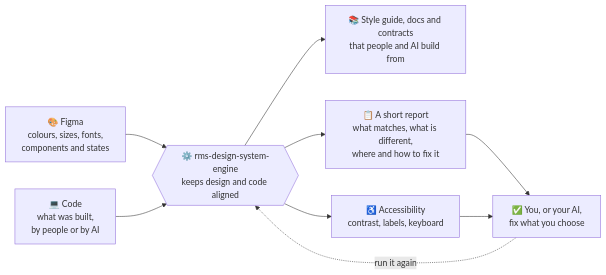
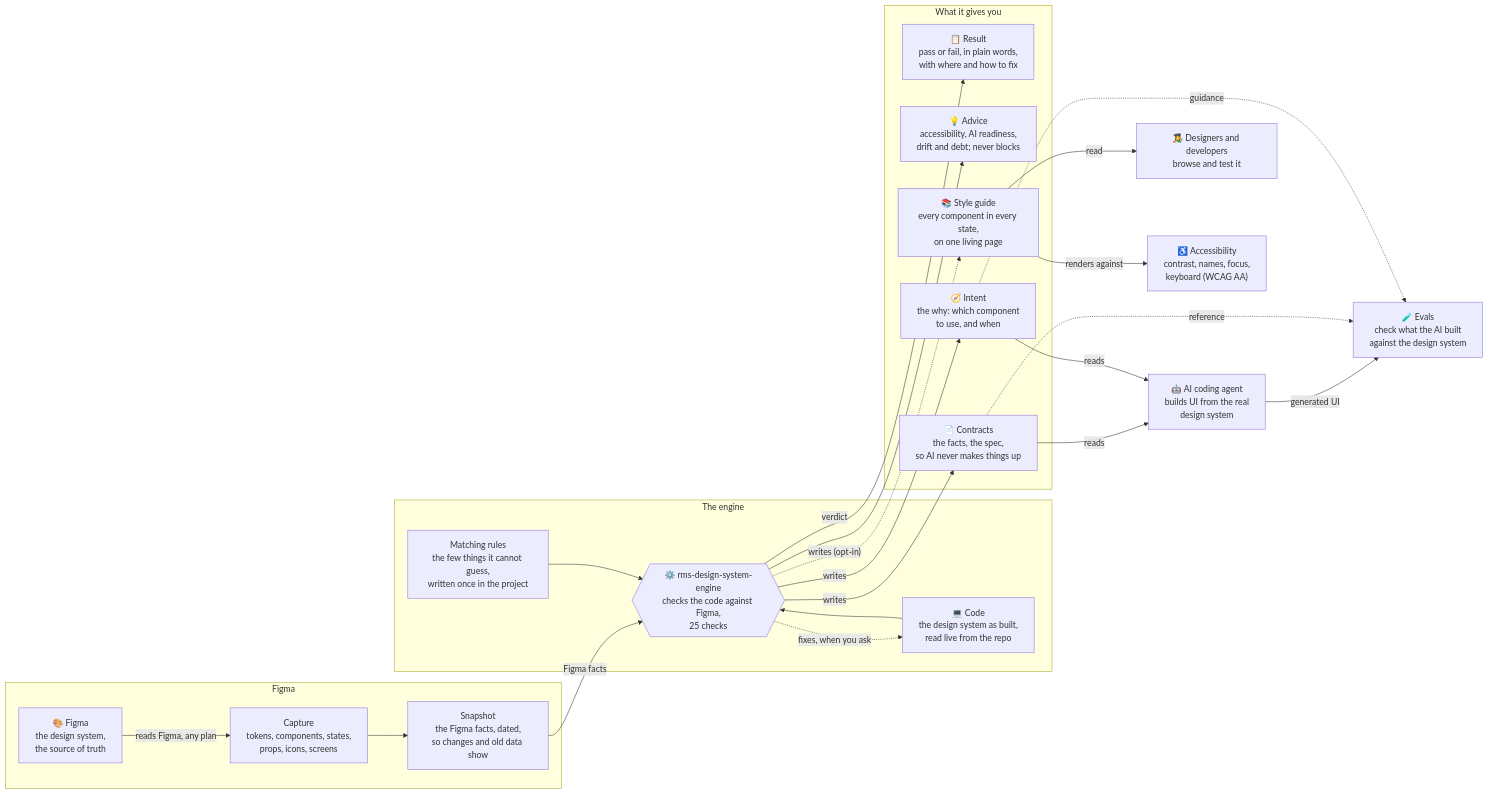
One commit to rafaelmatosdasilva/rms-design-system-engine changed the diagram in README.md. Above: the diagram before and after it, drawn with Mermaid. The commit also changed other lines of this file and 1 other file, not shown here.

Commit message:
README: the flow rebuilt from the owner's FigJam board, which CLAUDE.md makes its source
The diagram follows the board: Figma, capture and snapshot; the code, the matching rules and the engine; what it
gives (the result, advice, contracts, intent, the style guide); who uses them (an AI coding agent, designers and
developers, the accessibility check) and the evals. The board's "--fix" is what the engine does: it fixes only
when asked. CLAUDE.md: rebuild the diagram from the board whenever it changes.

Claude-Session: https://claude.ai/code/session_01NAiQF7FaCvTe9vgNQmgsRB

````diff
--- a/README.md
+++ b/README.md
@@ -21,11 +21,36 @@
 ```mermaid
 flowchart LR
-    F["🎨 Figma<br/>colours, sizes, fonts,<br/>components and states"] --> E{{"⚙️ rms-design-system-engine<br/>keeps design and code aligned"}}
-    C["💻 Code<br/>what was built,<br/>by people or by AI"] --> E
-    E --> D["📚 Style guide, docs and contracts<br/>that people and AI build from"]
-    E --> R["📋 A short report<br/>what matches, what is different,<br/>where and how to fix it"]
-    E --> A["♿ Accessibility<br/>contrast, labels, keyboard"]
-    R --> Y["✅ You, or your AI,<br/>fix what you choose"]
-    A --> Y
-    Y -.->|run it again| E
+    subgraph IN["Figma"]
+        FIG["🎨 Figma<br/>the design system,<br/>the source of truth"]
+        CAP["Capture<br/>tokens, components, states,<br/>props, icons, screens"]
+        SNAP["Snapshot<br/>the Figma facts, dated,<br/>so changes and old data show"]
+    end
+    subgraph CORE["The engine"]
+        CODE["💻 Code<br/>the design system as built,<br/>read live from the repo"]
+        ENG{{"⚙️ rms-design-system-engine<br/>checks the code against Figma,<br/>25 checks"}}
+        RULES["Matching rules<br/>the few things it cannot guess,<br/>written once in the project"]
+    end
+    subgraph OUT["What it gives you"]
+        RES["📋 Result<br/>pass or fail, in plain words,<br/>with where and how to fix"]
+        ADV["💡 Advice<br/>accessibility, AI readiness,<br/>drift and debt; never blocks"]
+        CON["📄 Contracts<br/>the facts, the spec,<br/>so AI never makes things up"]
+        INT["🧭 Intent<br/>the why: which component<br/>to use, and when"]
+        SG["📚 Style guide<br/>every component in every state,<br/>on one living page"]
+    end
+    FIG -->|"reads Figma, any plan"| CAP --> SNAP -->|Figma facts| ENG
+    CODE --> ENG
+    RULES --> ENG
+    ENG -.->|"fixes, when you ask"| CODE
+    ENG -->|verdict| RES
+    ENG --> ADV
+    ENG -->|writes| CON
+    ENG -->|writes| INT
+    ENG -.->|"writes (opt-in)"| SG
+    CON -->|reads| AI["🤖 AI coding agent<br/>builds UI from the real<br/>design system"]
+    INT -->|reads| AI
+    SG -->|read| PEOPLE["👩‍🎨 Designers and developers<br/>browse and test it"]
+    SG -->|renders against| A11Y["♿ Accessibility<br/>contrast, names, focus,<br/>keyboard (WCAG AA)"]
+    AI -->|generated UI| EV["🧪 Evals<br/>check what the AI built<br/>against the design system"]
+    CON -.->|reference| EV
+    INT -.->|guidance| EV
 ```
````
